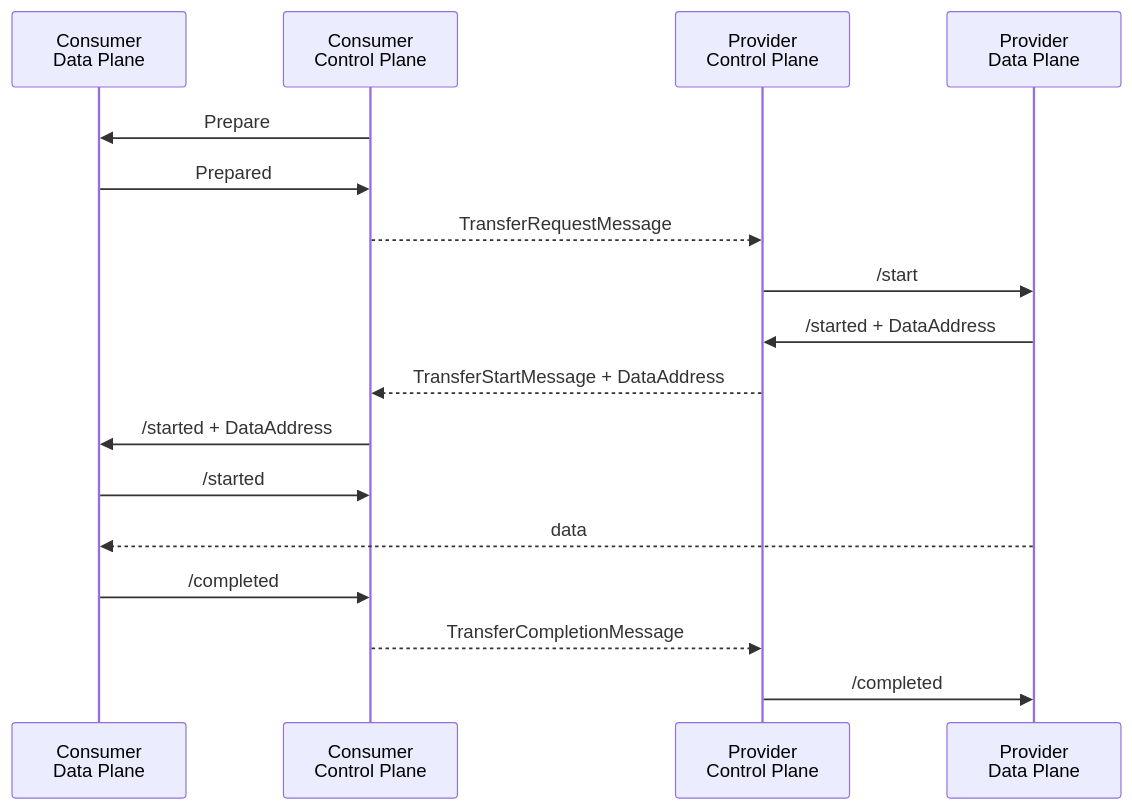
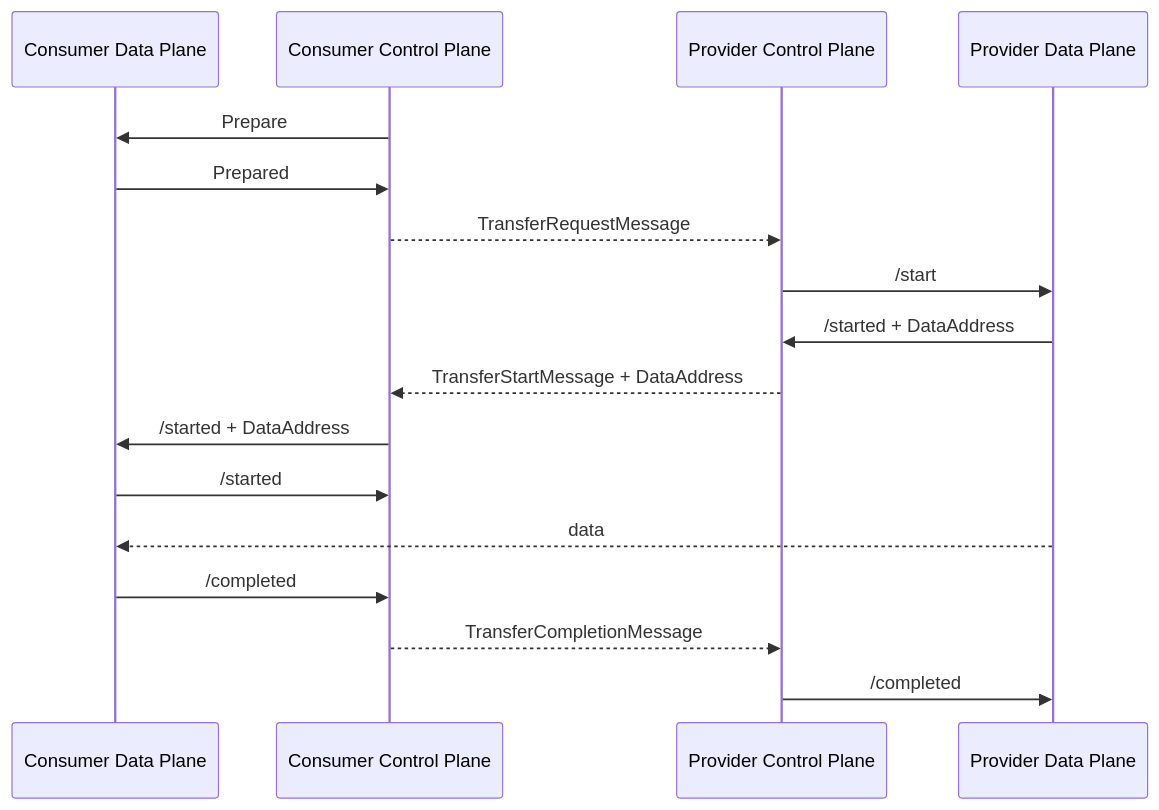
The fourth of 9 diagrams in specifications/signaling.md (eclipse-dataplane-signaling/dataplane-signaling), drawn with Mermaid before and after one commit. The commit also changed other lines of this file and 1 other file, not shown here.

````diff
--- a/specifications/signaling.md
+++ b/specifications/signaling.md
@@ -192,21 +192,19 @@
 ```mermaid
 sequenceDiagram
-    participant cdp as Consumer<br/>Data Plane
-    participant ccp as Consumer<br/>Control Plane
-    participant pcp as Provider<br/>Control Plane
-    participant pdp as Provider<br/>Data Plane
-
+    participant cdp as Consumer Data Plane
+    participant ccp as Consumer Control Plane
+    participant pcp as Provider Control Plane
+    participant pdp as Provider Data Plane
     ccp ->> cdp: Prepare
     cdp ->> ccp: Prepared
-
     ccp -->> pcp: TransferRequestMessage
     pcp ->> pdp: /start
     pdp ->> pcp: /started + DataAddress
     pcp -->> ccp: TransferStartMessage + DataAddress
     ccp ->> cdp: /started + DataAddress
     cdp ->> ccp: /started
     pdp -->> cdp: data
     cdp ->> ccp: /completed
     ccp -->> pcp: TransferCompletionMessage
     pcp ->> pdp: /completed
 ```
````
